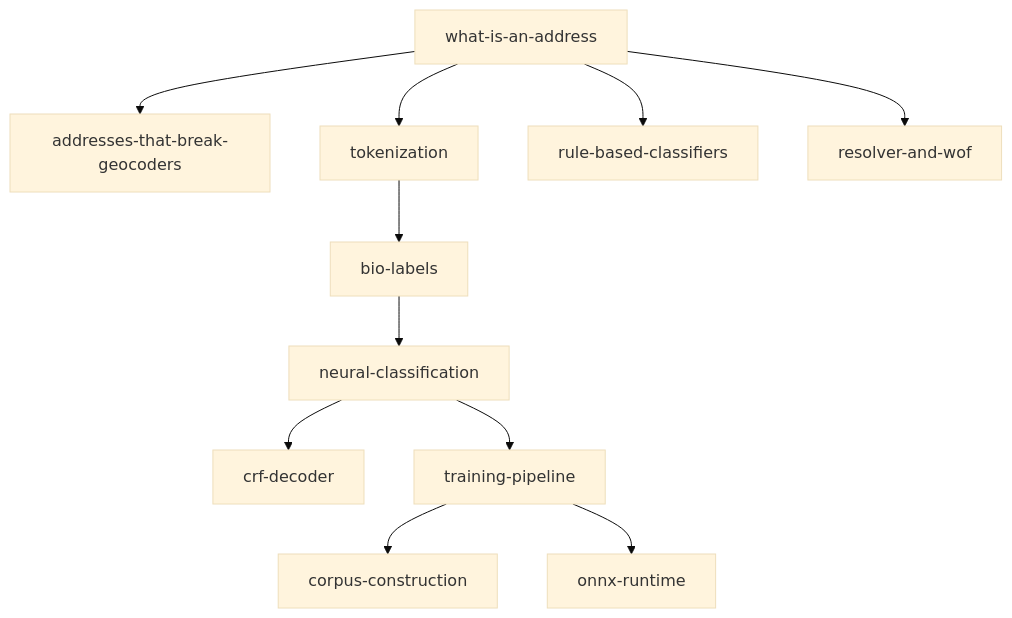
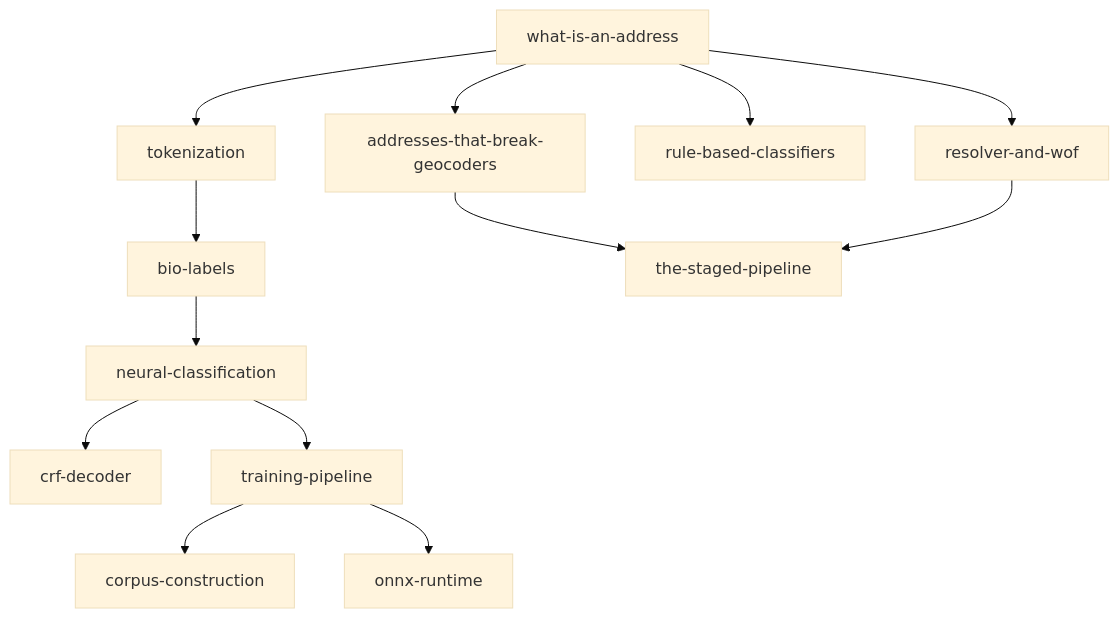
The diagram in docs/articles/concepts/README.md (sister-software/mailwoman), drawn with Mermaid (base theme) before and after one commit. The commit also changed other lines of this file and 1 other file, not shown here.

Commit message:
docs/concepts: the-staged-pipeline synthesis article
Lays out the runtime as six stages (three ML, three deterministic) and
maps each address-parsing failure class from addresses-that-break-geocoders
onto the stage that owns it. Today's Mailwoman ships stages 3 + half-4 +
solver-portion-of-5 + thin-6; stages 1, 2, and span-re-reader are future.

Also includes a stage-to-version mapping that shows several upcoming ships
(v0.4.0, v0.5.0, v0.6.0) are each adding one stage rather than rebuilding
the whole pipeline.

Sits at concepts/ position 13 as the synthesis capstone; reading-order +
dependency map in concepts/README.md updated.

````diff
--- a/docs/articles/concepts/README.md
+++ b/docs/articles/concepts/README.md
@@ -30,14 +31,16 @@
 ```mermaid
 flowchart TD
     A[what-is-an-address]
     A --> K[addresses-that-break-geocoders]
     A --> B[tokenization]
     A --> C[rule-based-classifiers]
     B --> D[bio-labels]
     D --> E[neural-classification]
     E --> F[crf-decoder]
     E --> G[training-pipeline]
     G --> H[corpus-construction]
     G --> I[onnx-runtime]
     A --> J[resolver-and-wof]
+    K --> L[the-staged-pipeline]
+    J --> L
 ```
````
